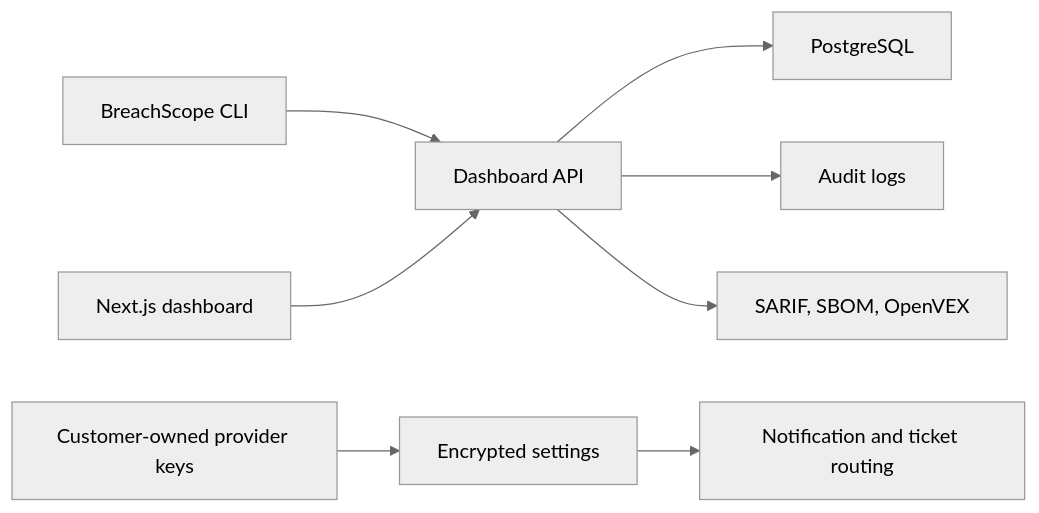
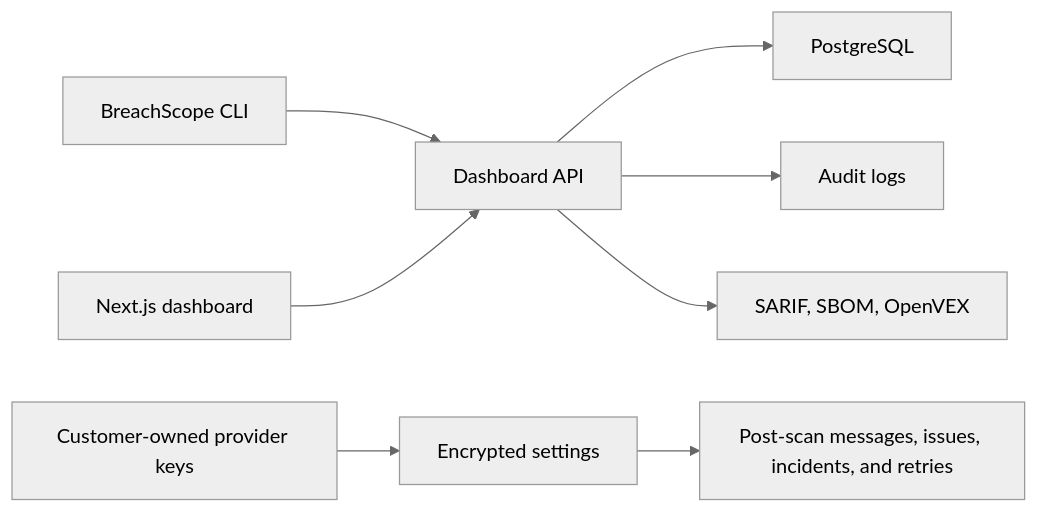
The diagram in README.md (Afnanksalal/BreachScope), drawn with Mermaid (neutral theme) before and after one commit. The commit also changed other lines of this file and 35 other files, not shown here.

````diff
--- a/README.md
+++ b/README.md
@@ -148,10 +148,10 @@
 ```mermaid
 flowchart LR
   CLI["BreachScope CLI"] --> API["Dashboard API"]
   UI["Next.js dashboard"] --> API
   API --> DB["PostgreSQL"]
   API --> Audit["Audit logs"]
   API --> Evidence["SARIF, SBOM, OpenVEX"]
   UserKeys["Customer-owned provider keys"] --> Settings["Encrypted settings"]
-  Settings --> Routing["Notification and ticket routing"]
+  Settings --> Routing["Post-scan messages, issues, incidents, and retries"]
 ```
````
